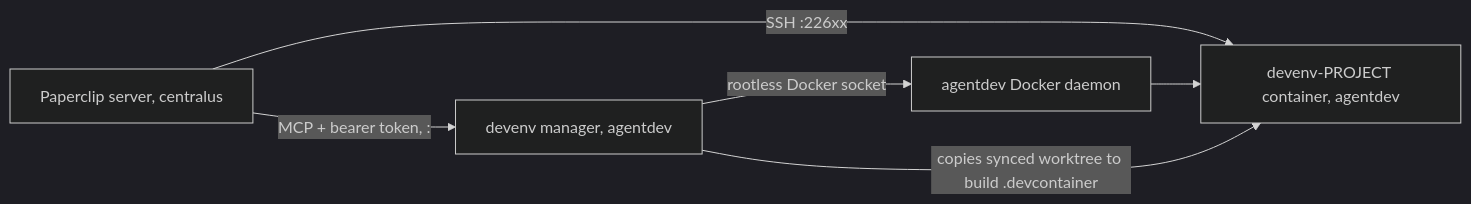
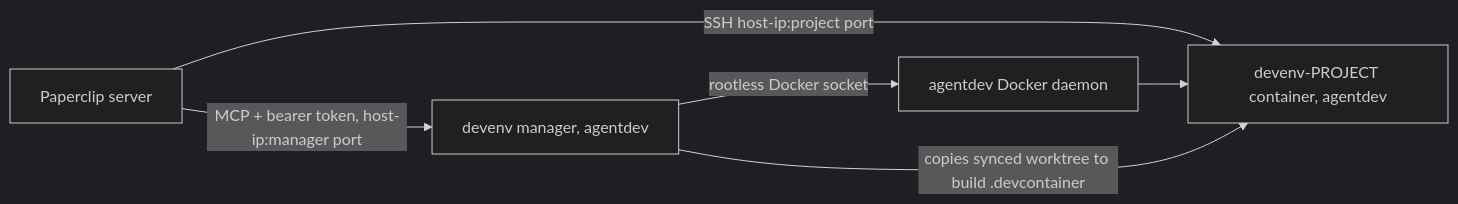
Before and after one commit to CentralusLLC/kb-tools: the diagram in docs/environments/agent-dev-environments.md, drawn with Mermaid (dark theme). The commit also changed other lines of this file and 37 other files, not shown here.

````diff
--- a/docs/environments/agent-dev-environments.md
+++ b/docs/environments/agent-dev-environments.md
@@ -21,8 +23,8 @@
 ```mermaid
 flowchart LR
-  pc[Paperclip server, centralus] -->|SSH <host-ip>:226xx| dc[devenv-PROJECT container, agentdev]
-  pc -->|MCP + bearer token, <host-ip>:<manager-port>| mgr[devenv manager, agentdev]
+  pc[Paperclip server] -->|SSH host-ip:project port| dc[devenv-PROJECT container, agentdev]
+  pc -->|MCP + bearer token, host-ip:manager port| mgr[devenv manager, agentdev]
   mgr -->|rootless Docker socket| docker[agentdev Docker daemon]
   docker --> dc
   mgr -->|copies synced worktree to build .devcontainer| dc
 ```
````
